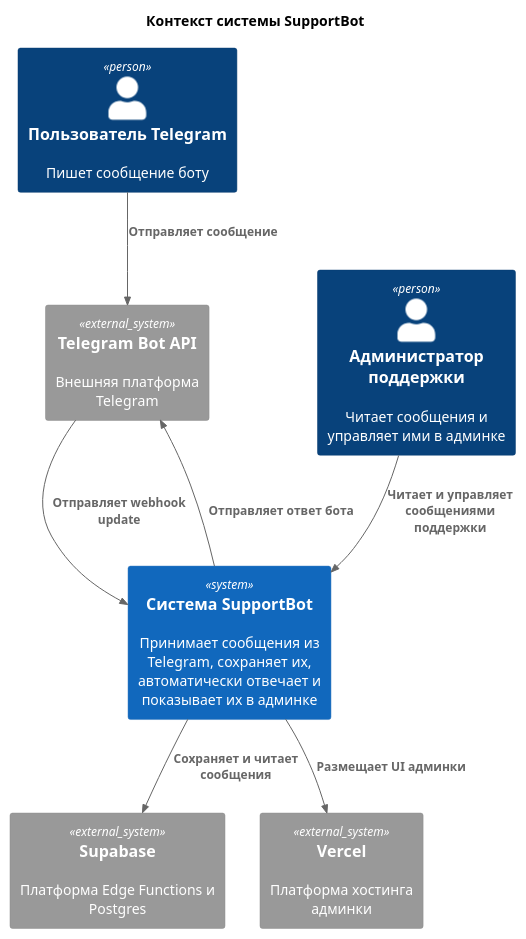
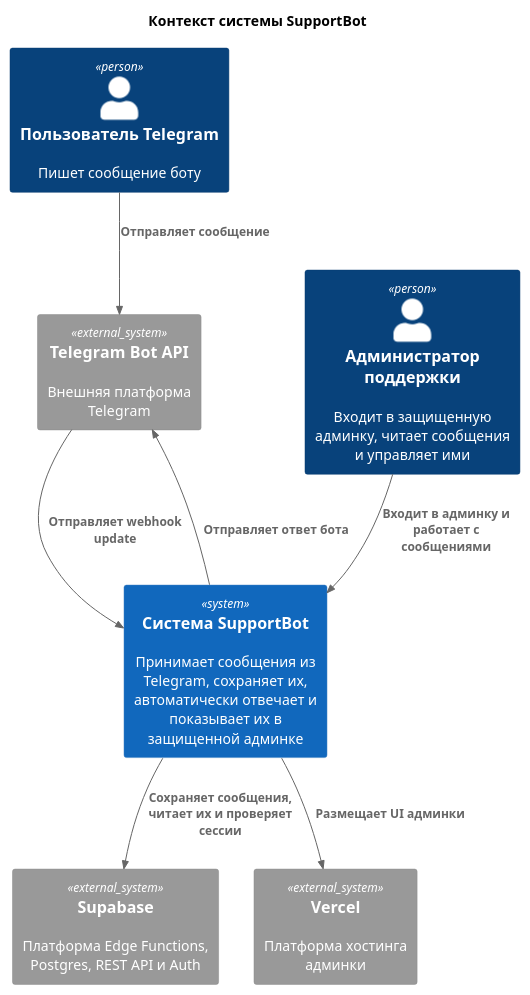
The diagram in docs/c4/context.puml (AbdulkaevGadel/vibeCodeFS), drawn with PlantUML before and after one commit. The commit also changed 5 other files, not shown here.

Commit message:
docs(c4): update architecture diagrams and admin panel components to match current implementation

```diff
--- a/docs/c4/context.puml
+++ b/docs/c4/context.puml
@@ -1,22 +1,22 @@
 @startuml
 !include https://raw.githubusercontent.com/plantuml-stdlib/C4-PlantUML/master/C4_Context.puml
 
 title Контекст системы SupportBot
 
 Person(telegramUser, "Пользователь Telegram", "Пишет сообщение боту")
-Person(admin, "Администратор поддержки", "Читает сообщения и управляет ими в админке")
+Person(admin, "Администратор поддержки", "Входит в защищенную админку, читает сообщения и управляет ими")
 
-System(system, "Система SupportBot", "Принимает сообщения из Telegram, сохраняет их, автоматически отвечает и показывает их в админке")
+System(system, "Система SupportBot", "Принимает сообщения из Telegram, сохраняет их, автоматически отвечает и показывает их в защищенной админке")
 
 System_Ext(telegramApi, "Telegram Bot API", "Внешняя платформа Telegram")
-System_Ext(supabase, "Supabase", "Платформа Edge Functions и Postgres")
+System_Ext(supabase, "Supabase", "Платформа Edge Functions, Postgres, REST API и Auth")
 System_Ext(vercel, "Vercel", "Платформа хостинга админки")
 
 Rel(telegramUser, telegramApi, "Отправляет сообщение")
 Rel(telegramApi, system, "Отправляет webhook update")
 Rel(system, telegramApi, "Отправляет ответ бота")
-Rel(admin, system, "Читает и управляет сообщениями поддержки")
-Rel(system, supabase, "Сохраняет и читает сообщения")
+Rel(admin, system, "Входит в админку и работает с сообщениями")
+Rel(system, supabase, "Сохраняет сообщения, читает их и проверяет сессии")
 Rel(system, vercel, "Размещает UI админки")
 
 @enduml
```
